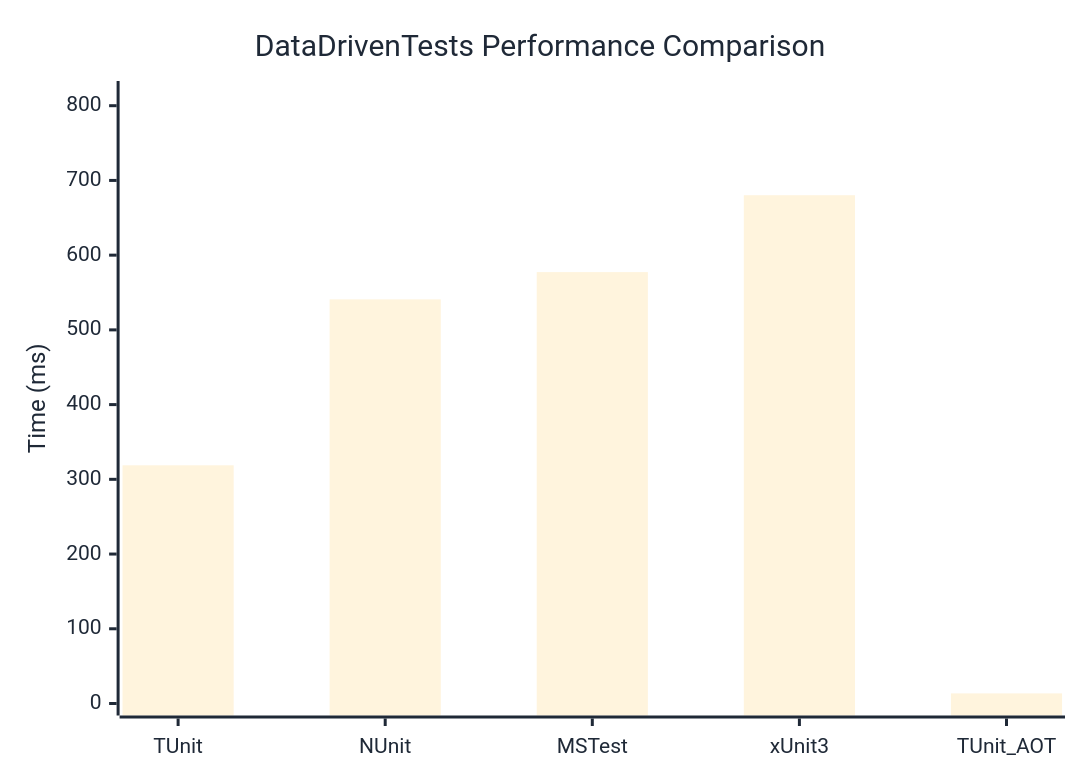
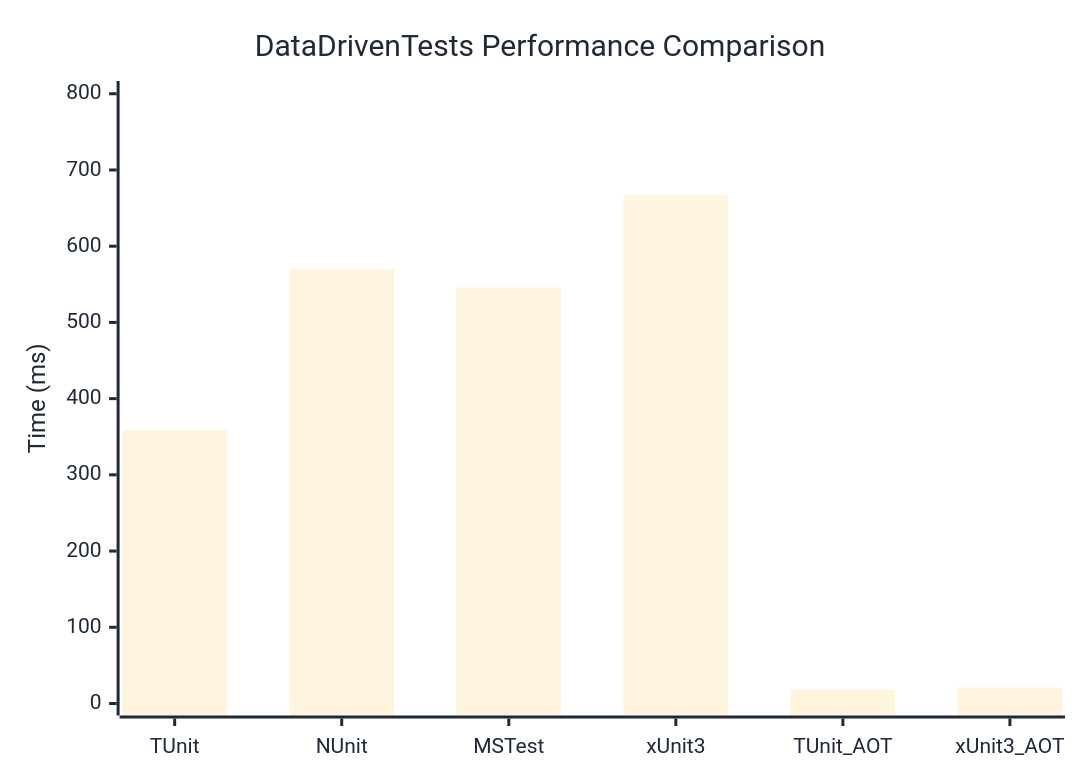
The diagram in docs/docs/benchmarks/engine/DataDrivenTests.md (thomhurst/TUnit), drawn with Mermaid before and after one commit. The commit also changed other lines of this file and 18 other files, not shown here.

````diff
--- a/docs/docs/benchmarks/engine/DataDrivenTests.md
+++ b/docs/docs/benchmarks/engine/DataDrivenTests.md
@@ -29,37 +30,37 @@
 ```mermaid
 %%{init: {
   'theme':'base',
   'themeVariables': {
     'primaryColor': '#2563eb',
     'primaryTextColor': '#1f2937',
     'primaryBorderColor': '#1e40af',
     'lineColor': '#6b7280',
     'secondaryColor': '#7c3aed',
     'tertiaryColor': '#dc2626',
     'background': '#ffffff',
     'mainBkg': '#2563eb',
     'secondBkg': '#7c3aed',
     'tertiaryBkg': '#dc2626',
     'clusterBkg': '#f3f4f6',
     'edgeLabelBackground': '#ffffff',
     'tertiaryTextColor': '#1f2937',
     'pie1': '#2563eb',
     'pie2': '#7c3aed',
     'pie3': '#dc2626',
     'pie4': '#f59e0b',
     'pie5': '#10b981',
     'pie6': '#06b6d4',
     'pie7': '#ec4899',
     'pie8': '#6366f1',
     'pie9': '#84cc16',
     'pie10': '#f97316',
     'pie11': '#14b8a6',
     'pie12': '#a855f7'
   }
 }}%%
 xychart-beta
   title "DataDrivenTests Performance Comparison"
-  x-axis ["TUnit", "NUnit", "MSTest", "xUnit3", "TUnit_AOT"]
-  y-axis "Time (ms)" 0 --> 817
-  bar [318.76, 540.84, 577.3, 680.19, 13.53]
+  x-axis ["TUnit", "NUnit", "MSTest", "xUnit3", "TUnit_AOT", "xUnit3_AOT"]
+  y-axis "Time (ms)" 0 --> 801
+  bar [358.4, 570.46, 545.91, 667.29, 17.72, 21.1]
 ```
````
